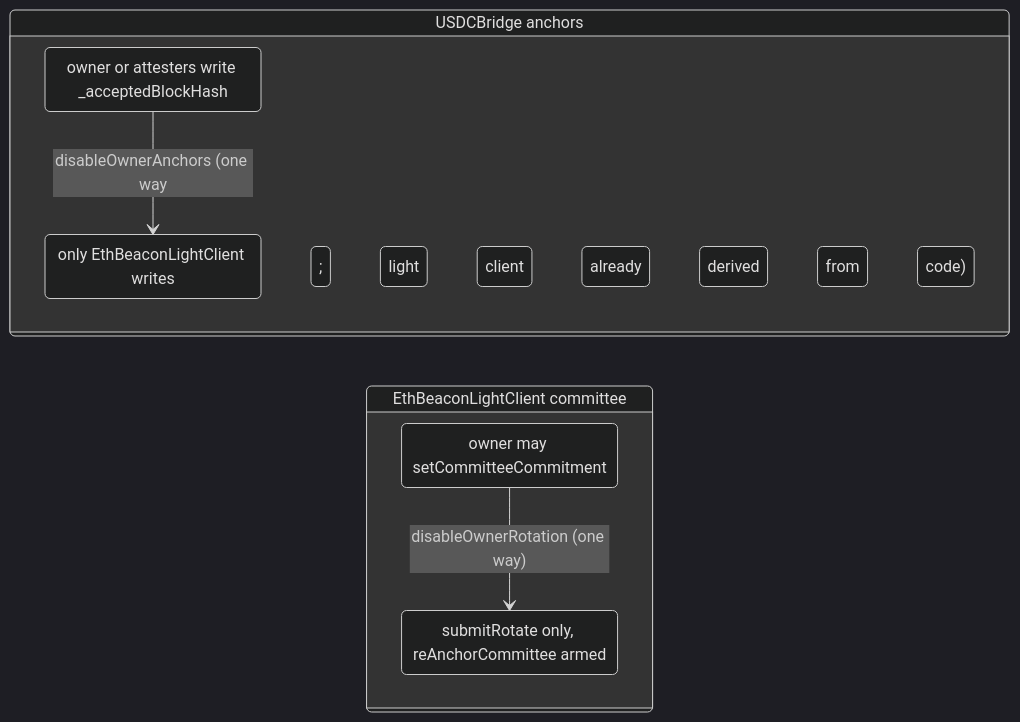
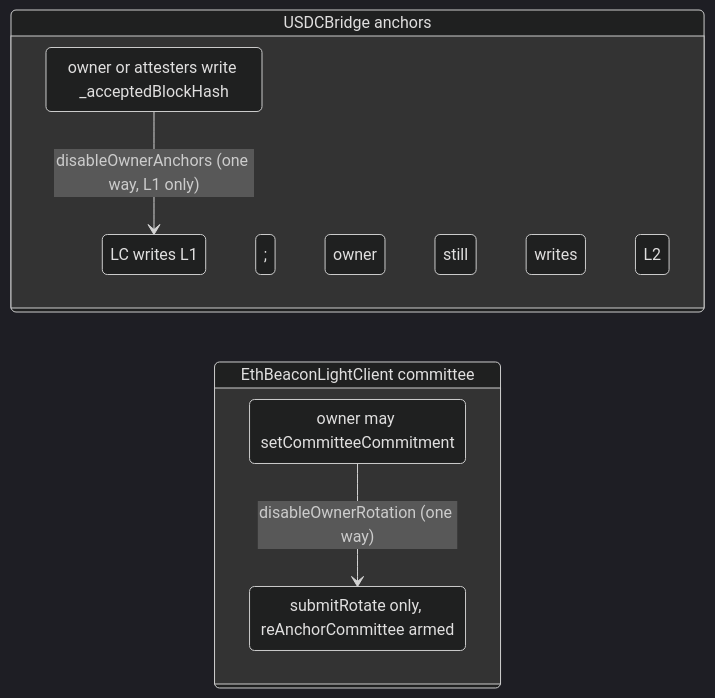
One commit to gosh-sh/bridge changed the fourth of 5 diagrams in docs/eth-light-client.md. Above: the diagram before and after it, drawn with Mermaid (dark theme). The commit also changed other lines of this file and 11 other files, not shown here.

First line of the commit message:
Stop disableOwnerAnchors from bricking L2 deposits.

````diff
--- a/docs/eth-light-client.md
+++ b/docs/eth-light-client.md
@@ -263,14 +263,14 @@
 ```mermaid
 stateDiagram-v2
   direction LR
   state "USDCBridge anchors" as UBA {
     OwnerAnchors: owner or attesters write _acceptedBlockHash
-    LightClientAnchors: only EthBeaconLightClient writes
-    OwnerAnchors --> LightClientAnchors: disableOwnerAnchors (one way; light client already derived from code)
+    LightClientAnchors: LC writes L1; owner still writes L2
+    OwnerAnchors --> LightClientAnchors: disableOwnerAnchors (one way, L1 only)
   }
   state "EthBeaconLightClient committee" as LCC {
     OwnerRotation: owner may setCommitteeCommitment
     ProofRotation: submitRotate only, reAnchorCommittee armed
     OwnerRotation --> ProofRotation: disableOwnerRotation (one way)
   }
 ```
````
